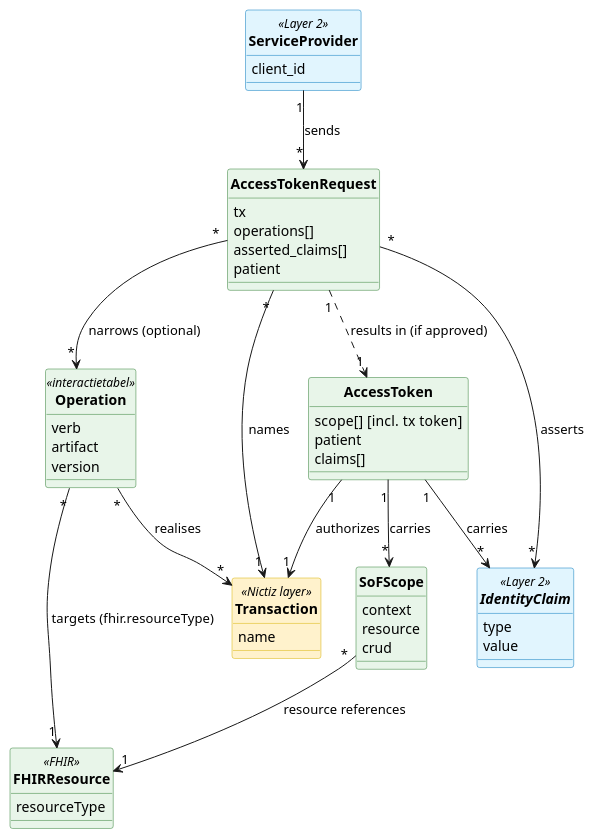
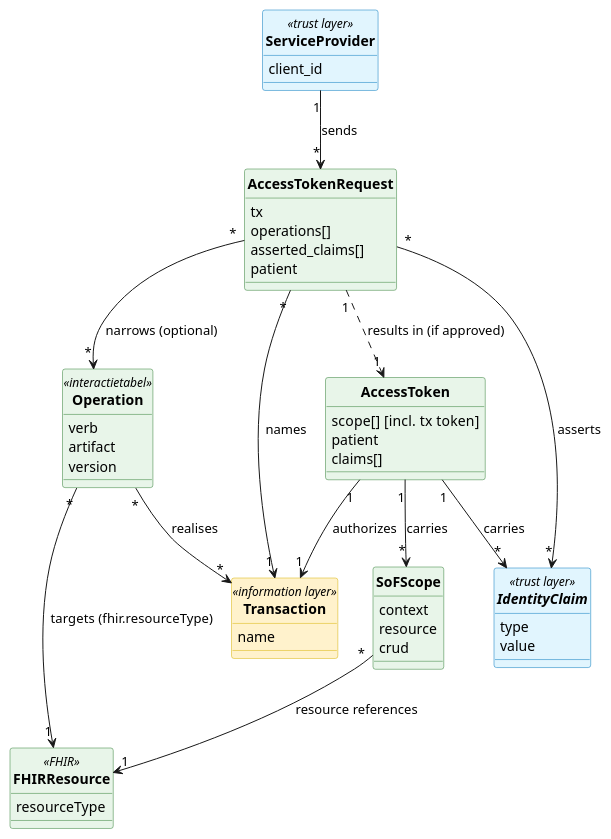
The diagram in input/images-source/authorization-model-layer3.plantuml (nuts-foundation/nl-generic-functions-ig), drawn with PlantUML before and after one commit. The commit also changed 6 other files, not shown here.

First line of the commit message:
docs(authorization): name the layers and declutter the diagrams

```diff
--- a/input/images-source/authorization-model-layer3.plantuml
+++ b/input/images-source/authorization-model-layer3.plantuml
@@ -5,74 +5,74 @@
 @startuml authorization-model-layer3
 
 skinparam defaultFontName Arial
 skinparam backgroundColor white
 skinparam roundcorner 5
 skinparam classFontStyle bold
 skinparam classBackgroundColor #E8F5E9
 skinparam classBorderColor #2E7D32
 hide circle
 
 ' Layer 1 (Nictiz) entities referenced from this diagram (yellow)
-class Transaction <<Nictiz layer>> #FFF2CC ##D6B000 {
+class Transaction <<information layer>> #FFF2CC ##D6B000 {
   name
 }
 
-' Layer 3 realisation entities (green, like the OAuth artefacts):
-' the Operation is the AORTA interactietabel interactionId, not a
-' Nictiz layer-1 concept; FHIRResource is its FHIR realisation target.
+' Realisation-layer entities (green, like the OAuth artefacts):
+' the Operation is the AORTA interactietabel interactionId, not an
+' information-layer concept; FHIRResource is its FHIR realisation target.
 class Operation <<interactietabel>> {
   verb
   artifact
   version
 }
 class FHIRResource <<FHIR>> {
   resourceType
 }
 
 ' Layer 2 entities referenced from this diagram (blue)
-abstract class IdentityClaim <<Layer 2>> #E1F5FE ##0277BD {
+abstract class IdentityClaim <<trust layer>> #E1F5FE ##0277BD {
   type
   value
 }
-class ServiceProvider <<Layer 2>> #E1F5FE ##0277BD {
+class ServiceProvider <<trust layer>> #E1F5FE ##0277BD {
   client_id
 }
 
 ' Layer 3: OAuth wire artefacts
 class AccessTokenRequest {
   tx
   operations[]
   asserted_claims[]
   patient
 }
 
 class AccessToken {
   scope[]  [incl. tx token]
   patient
   claims[]
 }
 
 class SoFScope {
   context
   resource
   crud
 }
 
 ' Realisation: operations are reusable wire-level building blocks
 Operation "*" --> "*" Transaction : realises
 Operation "*" --> "1" FHIRResource : targets (fhir.resourceType)
 
 ' AT request: what the ServiceProvider sends to the AS
 ServiceProvider "1" --> "*" AccessTokenRequest : sends
 AccessTokenRequest "*" --> "1" Transaction : names
 AccessTokenRequest "*" --> "*" Operation : narrows (optional)
 AccessTokenRequest "*" --> "*" IdentityClaim : asserts
 
 ' AT issued: what the AS returns on success
 AccessTokenRequest "1" ..> "1" AccessToken : results in (if approved)
 AccessToken "1" --> "1" Transaction : authorizes
 AccessToken "1" --> "*" IdentityClaim : carries
 AccessToken "1" --> "*" SoFScope : carries
 SoFScope "*" --> "1" FHIRResource : resource references
 
 @enduml
```
